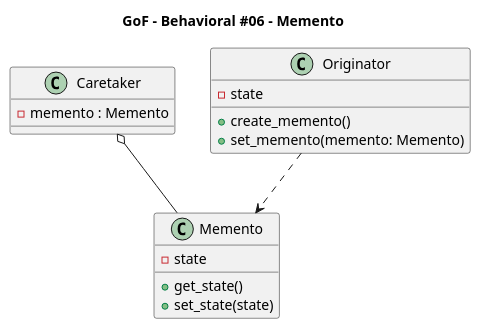
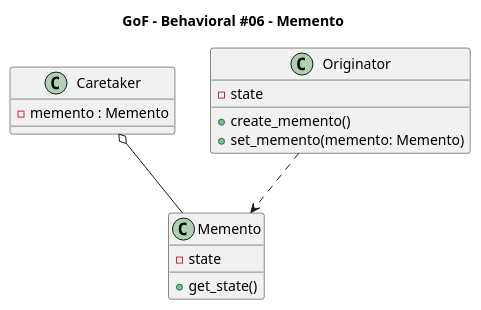
One commit to Takayoshi-Matsuyama/design_patterns changed the diagram in GoF/GoF_be06_memento.puml. Above: the diagram before and after it, drawn with PlantUML. The commit also changed 1 other file, not shown here.

```diff
--- a/GoF/GoF_be06_memento.puml
+++ b/GoF/GoF_be06_memento.puml
@@ -1,40 +1,39 @@
 @startuml gof_memento
 
 'Copyright 2026 Takayoshi Matsuyama
 '
 'Licensed under the Apache License, Version 2.0 (the "License");
 'you may not use this file except in compliance with the License.
 'You may obtain a copy of the License at
 '
 '    http://www.apache.org/licenses/LICENSE-2.0
 '
 'Unless required by applicable law or agreed to in writing, software
 'distributed under the License is distributed on an "AS IS" BASIS,
 'WITHOUT WARRANTIES OR CONDITIONS OF ANY KIND, either express or implied.
 'See the License for the specific language governing permissions and
 'limitations under the License.
 
 title GoF - Behavioral #06 - Memento
 
 class Memento {
     -state
     +get_state()
-    +set_state(state)
 }
 
 ' 取り消しのメカニズムを提供するクラス
 class Caretaker {
     -memento : Memento
 }
 
 Caretaker o-- Memento
 
 class Originator {
     -state
     +create_memento()
     +set_memento(memento: Memento)
 }
 
 Originator ..> Memento
 
 @enduml
```
